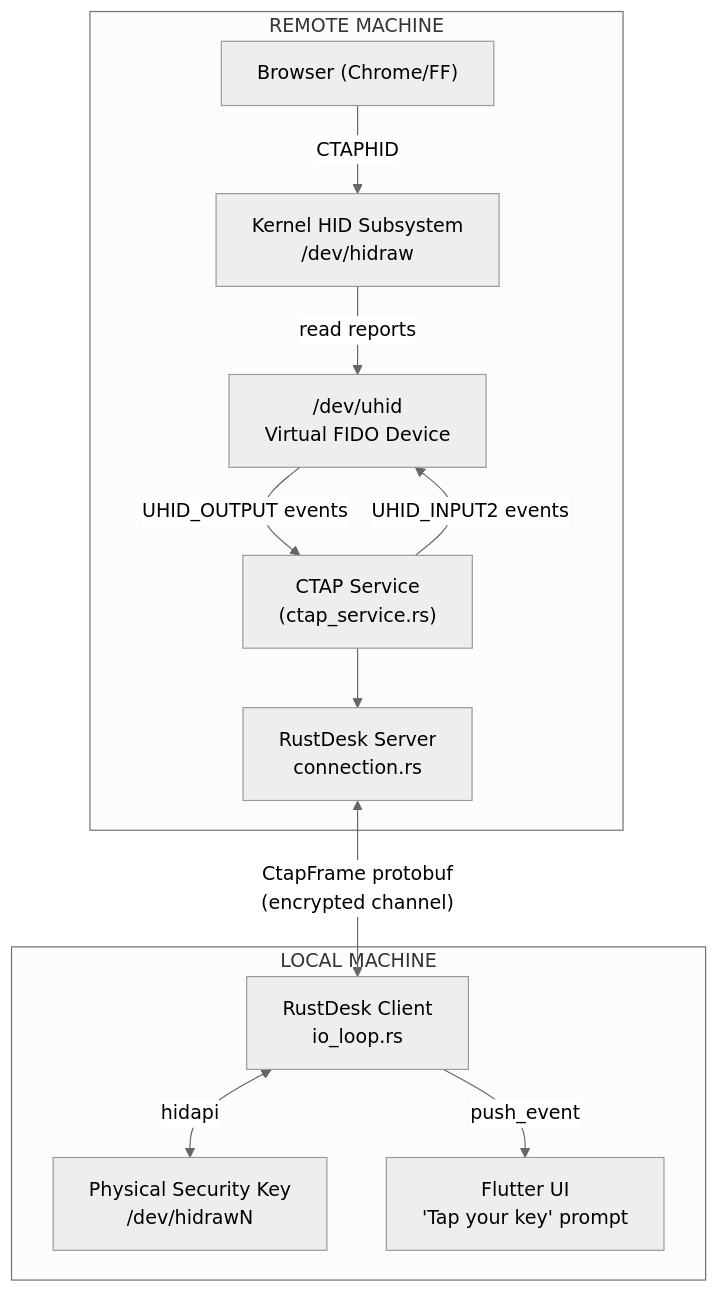
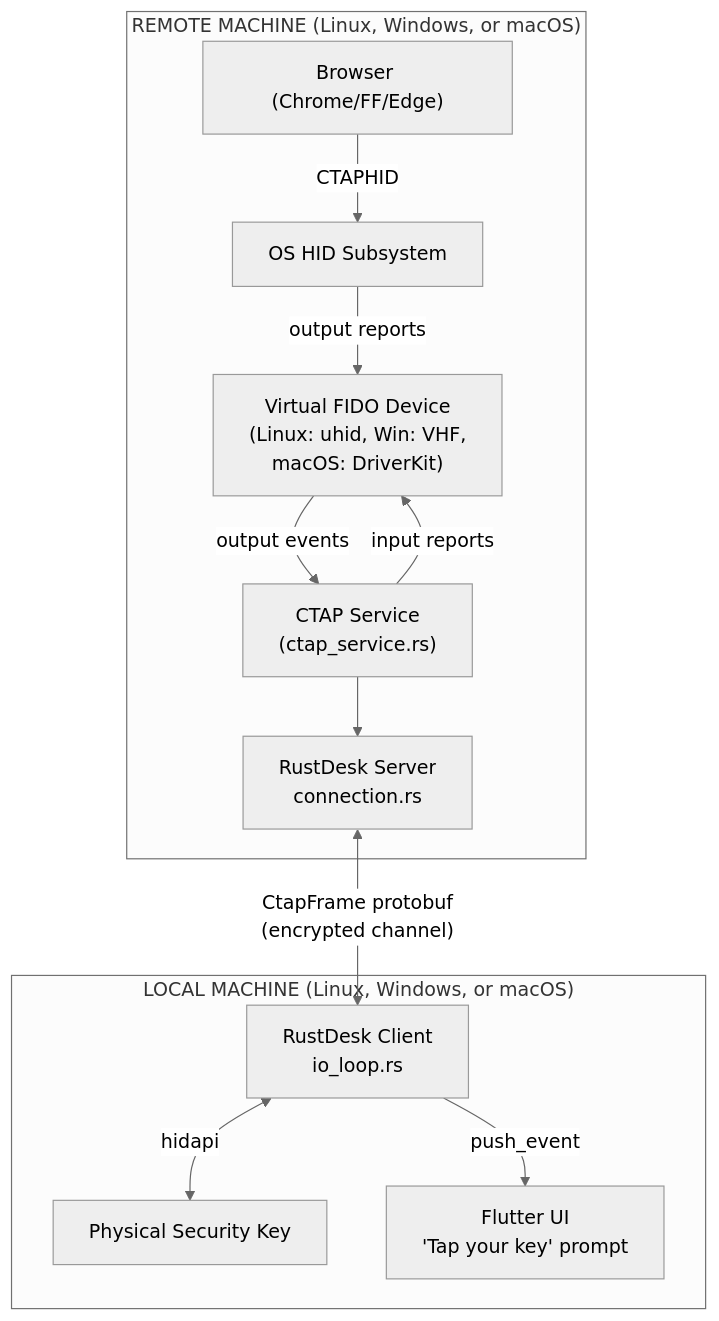
One commit to lesserevil/rustdesk changed the first of 5 diagrams in docs/design/webauthn-ctap-passthrough/01-architecture.md. Above: the diagram before and after it, drawn with Mermaid (neutral theme). The commit also changed other lines of this file and 9 other files, not shown here.

First line of the commit message:
Expand CTAP passthrough design for cross-platform and web client support

````diff
--- a/docs/design/webauthn-ctap-passthrough/01-architecture.md
+++ b/docs/design/webauthn-ctap-passthrough/01-architecture.md
@@ -5,17 +10,17 @@
 ```mermaid
 flowchart TD
-    subgraph Remote["REMOTE MACHINE"]
-        Browser["Browser (Chrome/FF)"] -->|CTAPHID| HID["Kernel HID Subsystem\n/dev/hidraw"]
-        HID -->|"read reports"| UHID["/dev/uhid\nVirtual FIDO Device"]
-        UHID -->|"UHID_OUTPUT events"| SVC["CTAP Service\n(ctap_service.rs)"]
-        SVC -->|"UHID_INPUT2 events"| UHID
+    subgraph Remote["REMOTE MACHINE (Linux, Windows, or macOS)"]
+        Browser["Browser (Chrome/FF/Edge)"] -->|CTAPHID| HID["OS HID Subsystem"]
+        HID -->|"output reports"| VDEV["Virtual FIDO Device\n(Linux: uhid, Win: VHF,\nmacOS: DriverKit)"]
+        VDEV -->|"output events"| SVC["CTAP Service\n(ctap_service.rs)"]
+        SVC -->|"input reports"| VDEV
         SVC --> CONN["RustDesk Server\nconnection.rs"]
     end
 
     CONN <-->|"CtapFrame protobuf\n(encrypted channel)"| IO
 
-    subgraph Local["LOCAL MACHINE"]
-        IO["RustDesk Client\nio_loop.rs"] <-->|hidapi| KEY["Physical Security Key\n/dev/hidrawN"]
+    subgraph Local["LOCAL MACHINE (Linux, Windows, or macOS)"]
+        IO["RustDesk Client\nio_loop.rs"] <-->|hidapi| KEY["Physical Security Key"]
         IO -->|push_event| UI["Flutter UI\n'Tap your key' prompt"]
     end
 ```
````
